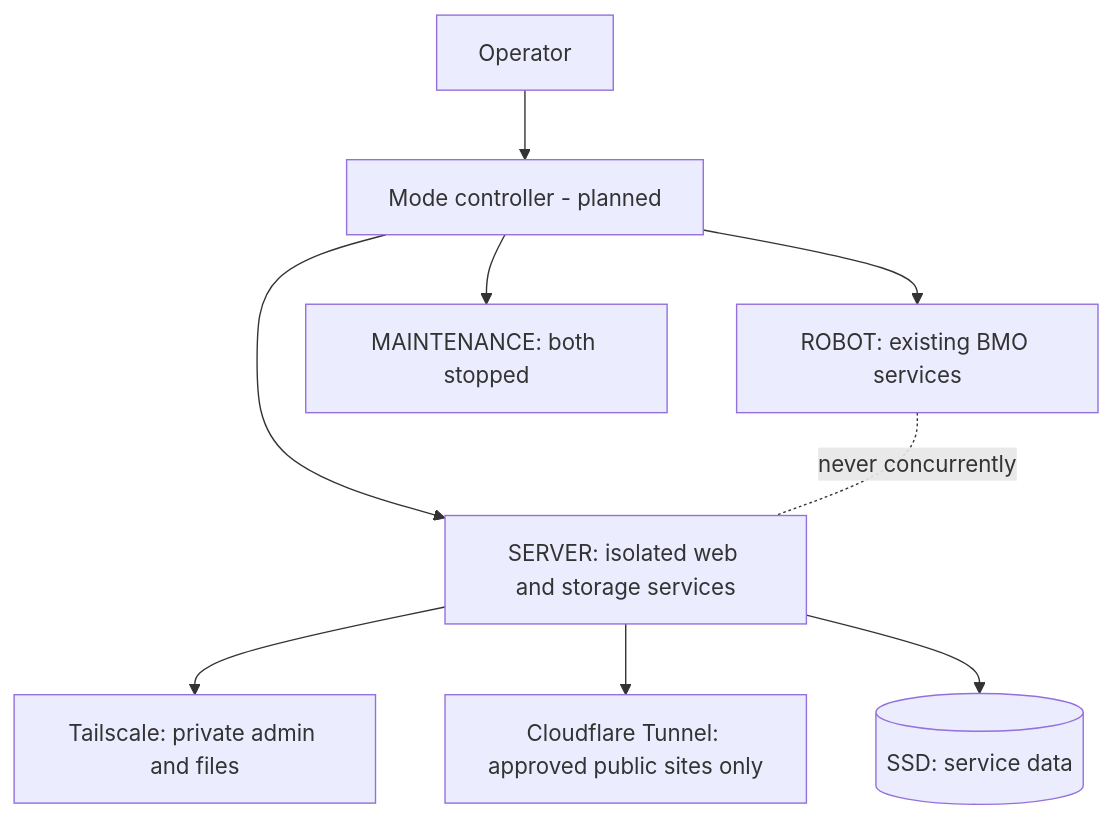
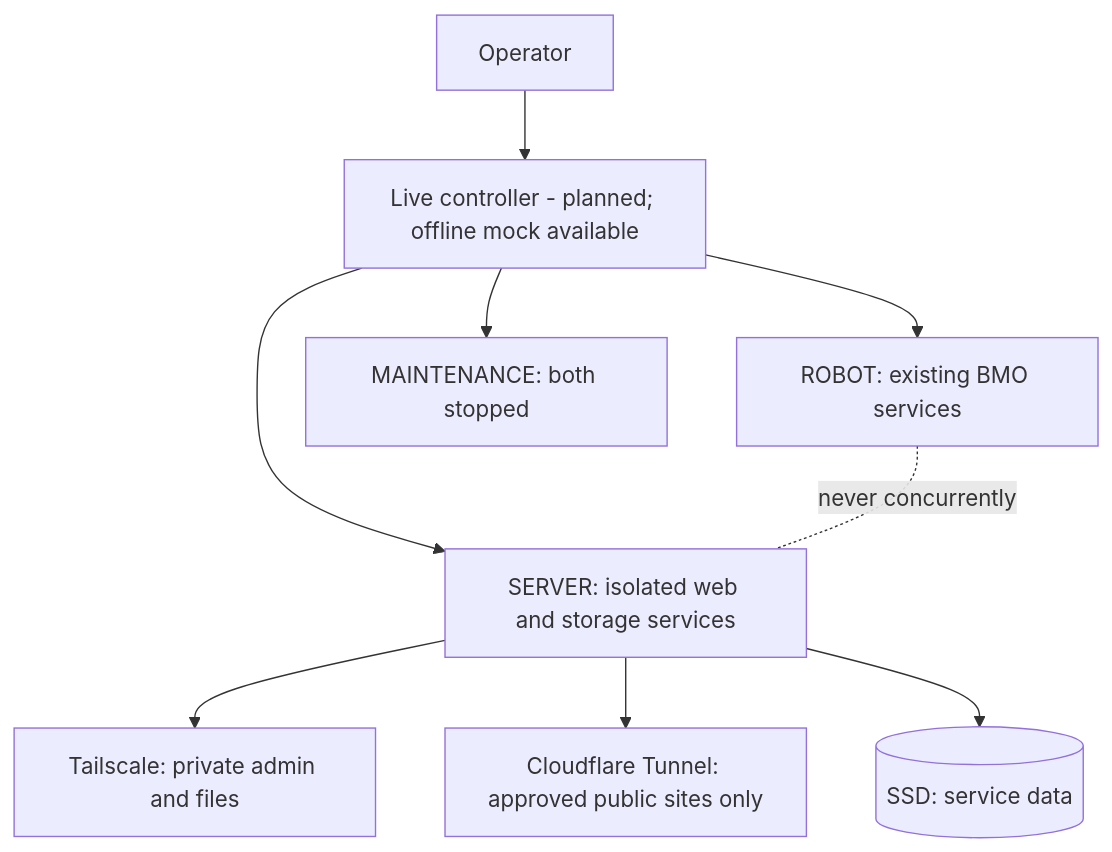
One commit to GUNOBAE/BGH_BMO_NEXUS changed the diagram in README.md. Above: the diagram before and after it, drawn with Mermaid. The commit also changed other lines of this file and 9 other files, not shown here.

First line of the commit message:
feat: Offline BMO NEXUS mode controller and 119 deterministic tests

````diff
--- a/README.md
+++ b/README.md
@@ -48,11 +48,11 @@
 ```mermaid
 flowchart TD
-    User[Operator] --> Mode[Mode controller - planned]
+    User[Operator] --> Mode[Live controller - planned; offline mock available]
     Mode --> Robot[ROBOT: existing BMO services]
     Mode --> Server[SERVER: isolated web and storage services]
     Mode --> Maint[MAINTENANCE: both stopped]
     Server --> Private[Tailscale: private admin and files]
     Server --> Public[Cloudflare Tunnel: approved public sites only]
     Server --> SSD[(SSD: service data)]
     Robot -. never concurrently .- Server
 ```
````
